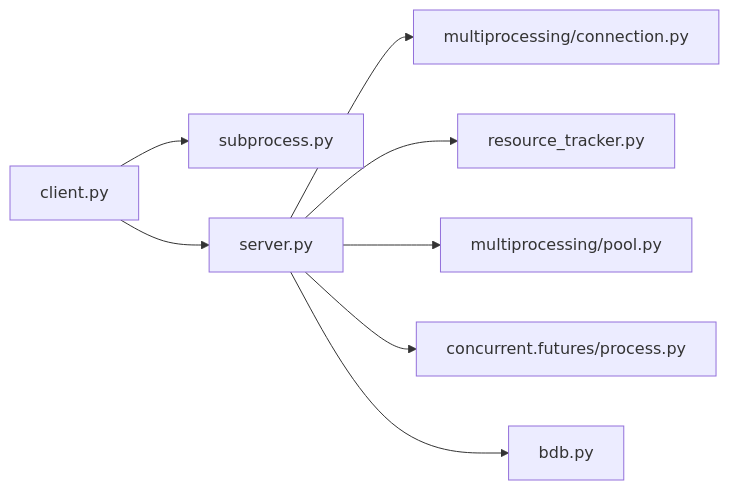
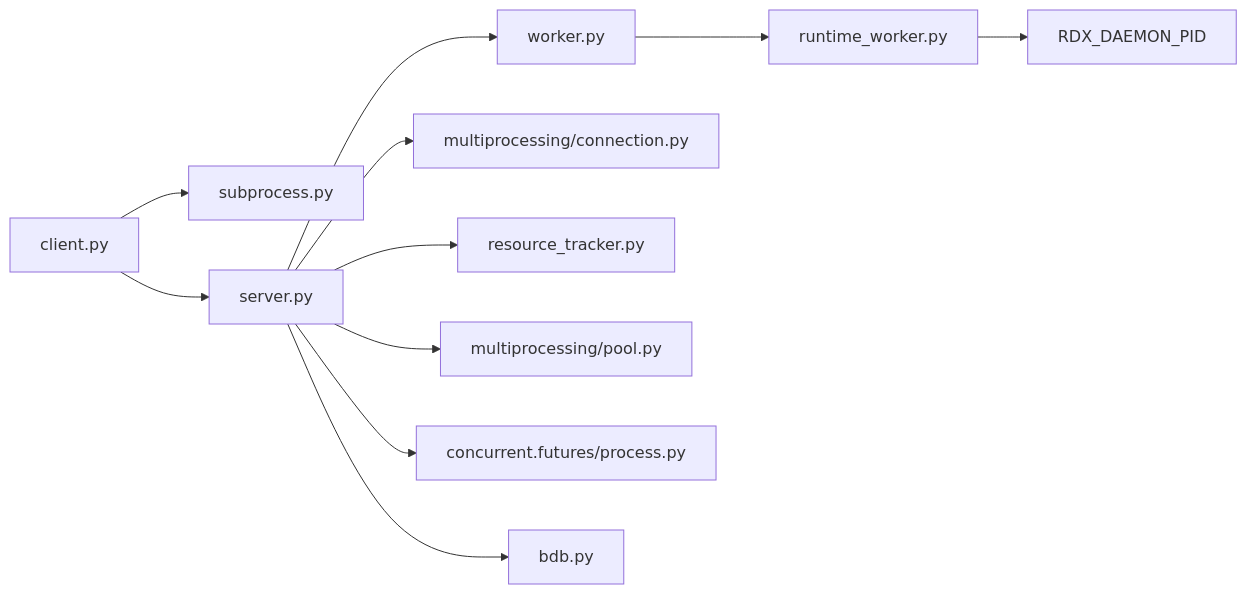
Diagram 11 of 11 in .qoder/repowiki/zh/content/守护进程架构/进程管理.md (haolange/RDC-Tool), drawn with Mermaid before and after one commit. The commit also changed other lines of this file and 4 other files, not shown here.

````diff
--- a/.qoder/repowiki/zh/content/守护进程架构/进程管理.md
+++ b/.qoder/repowiki/zh/content/守护进程架构/进程管理.md
@@ -332,10 +491,13 @@
 ```mermaid
 graph LR
 CLI["client.py"] --> SUB["subprocess.py"]
 CLI --> SRV["server.py"]
+SRV --> WORKER["worker.py"]
+WORKER --> RW["runtime_worker.py"]
 SRV --> CONN["multiprocessing/connection.py"]
 SRV --> RT["resource_tracker.py"]
 SRV --> POOL["multiprocessing/pool.py"]
 SRV --> CF["concurrent.futures/process.py"]
 SRV --> BDB["bdb.py"]
+RW --> ENV["RDX_DAEMON_PID"]
 ```
````
